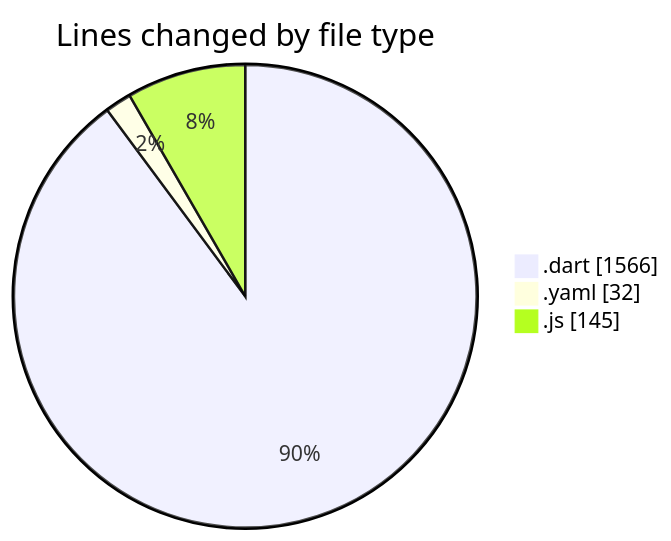
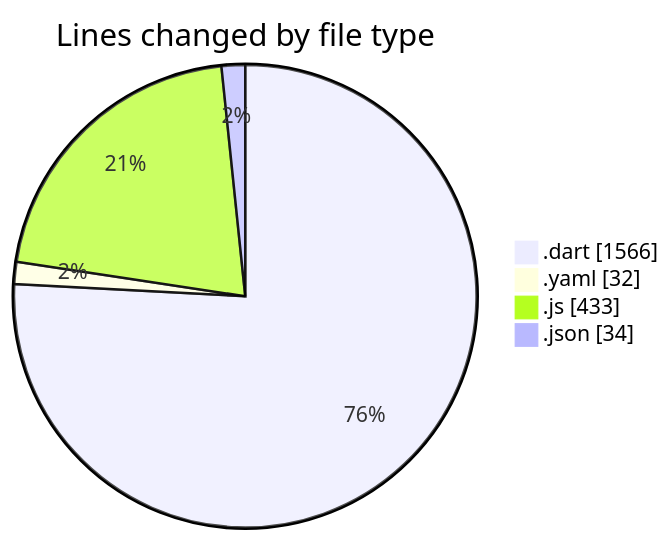
Before and after one commit to lephambinh05/code-tracking: the first of 2 diagrams in 2025-07-30/appproject/README.md, drawn with Mermaid. The commit also changed other lines of this file and 1 other file, not shown here.

````diff
--- a/2025-07-30/appproject/README.md
+++ b/2025-07-30/appproject/README.md
@@ -30,7 +33,8 @@
 ```mermaid
 pie showData
 title Lines changed by file type
 ".dart" : 1566
 ".yaml" : 32
-".js" : 145
+".js" : 433
+".json" : 34
 ```
````
